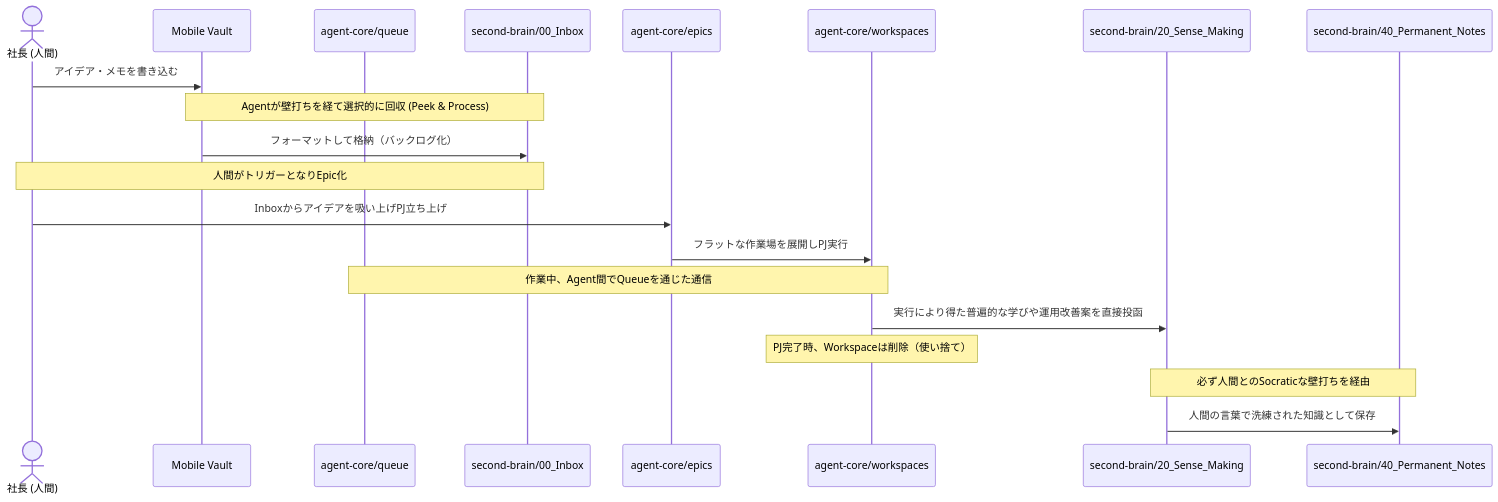
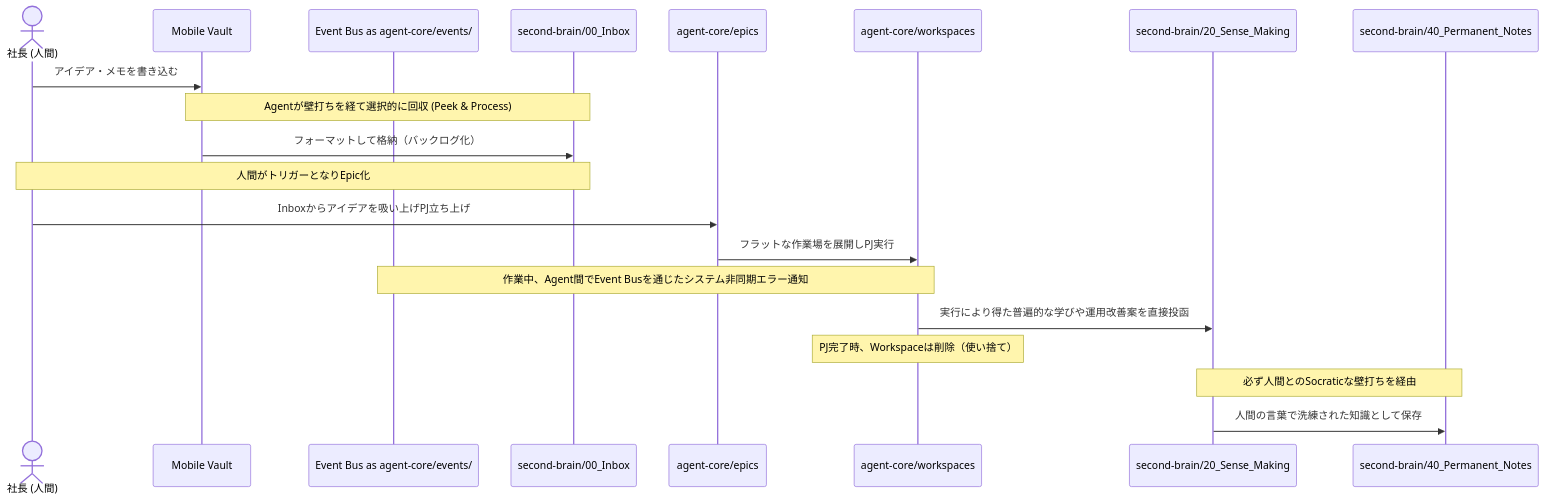
Before and after one commit to shoheiHasegawa/agent-core: the first of 2 diagrams in docs/architecture/data_flow.md, drawn with Mermaid. The commit also changed other lines of this file and 8 other files, not shown here.

````diff
--- a/docs/architecture/data_flow.md
+++ b/docs/architecture/data_flow.md
@@ -10,30 +10,30 @@
 ```mermaid
 sequenceDiagram
     actor User as 社長 (人間)
     participant Mobile as Mobile Vault
-    participant Queue as agent-core/queue
+    participant Queue as Event Bus as agent-core/events/
     participant Inbox as second-brain/00_Inbox
     participant Epic as agent-core/epics
     participant Workspace as agent-core/workspaces
     participant SenseMaking as second-brain/20_Sense_Making
     participant PermNotes as second-brain/40_Permanent_Notes
     
     %% フェーズ1: 投入と整形
     User->>Mobile: アイデア・メモを書き込む
     note over Mobile,Inbox: Agentが壁打ちを経て選択的に回収 (Peek & Process)
     Mobile->>Inbox: フォーマットして格納（バックログ化）
     
     %% フェーズ2: プロジェクト実行
     note over User,Inbox: 人間がトリガーとなりEpic化
     User->>Epic: Inboxからアイデアを吸い上げPJ立ち上げ
     Epic->>Workspace: フラットな作業場を展開しPJ実行
-    note over Workspace,Queue: 作業中、Agent間でQueueを通じた通信
+    note over Workspace,Queue: 作業中、Agent間でEvent Busを通じたシステム非同期エラー通知
     
     %% フェーズ3: 学びと改善の抽出 (Continuous Harvesting)
     Workspace->>SenseMaking: 実行により得た普遍的な学びや運用改善案を直接投函
     note over Workspace: PJ完了時、Workspaceは削除（使い捨て）
     
     %% フェーズ4: 知識の永続化
     note over SenseMaking,PermNotes: 必ず人間とのSocraticな壁打ちを経由
     SenseMaking->>PermNotes: 人間の言葉で洗練された知識として保存
 ```
````
